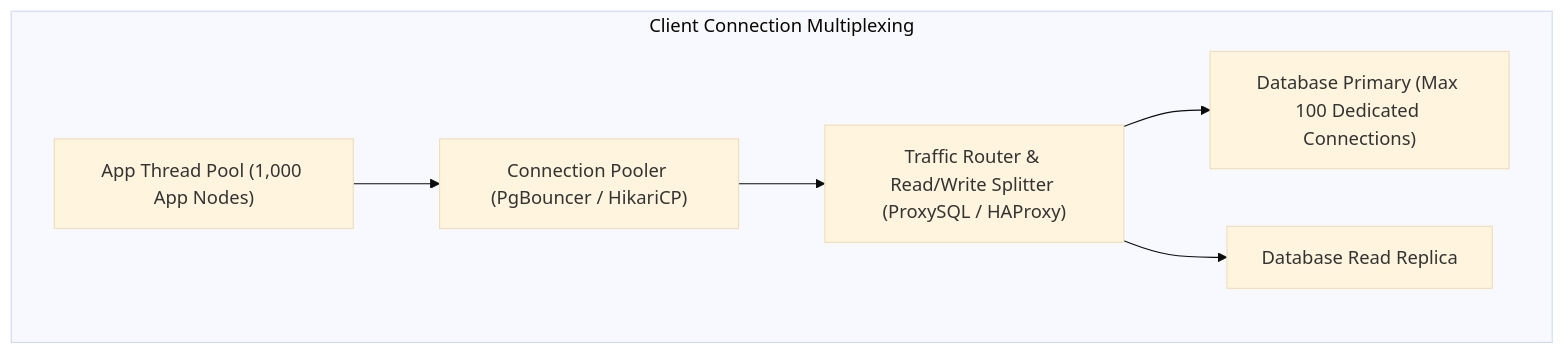
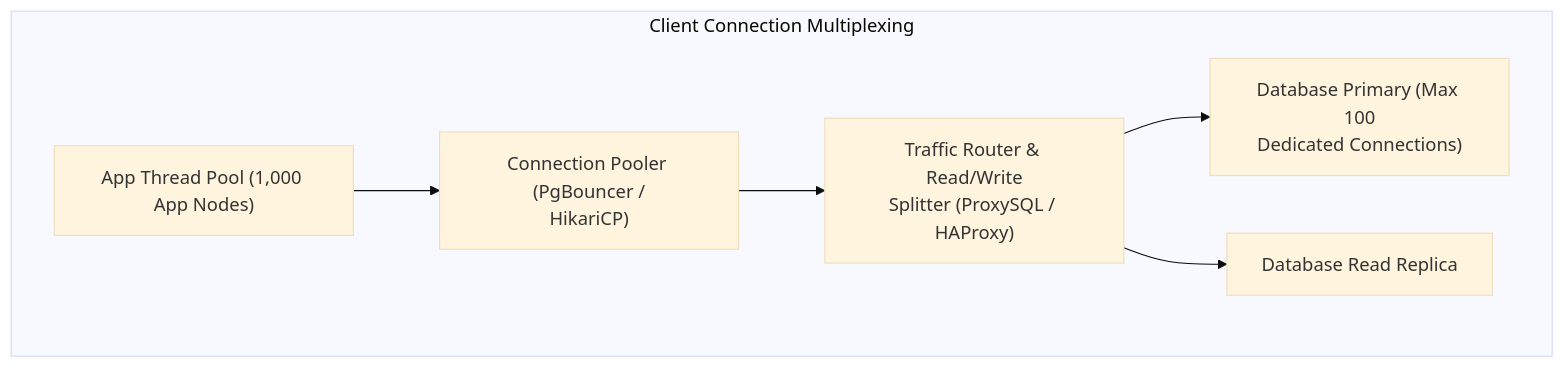
Before and after one commit to santoshjammi29/sql-handbook: the third of 4 diagrams in architectures/06_database_tooling_migrations_profiling_and_pooling.md, drawn with Mermaid (base theme). The commit also changed other lines of this file and 17 other files, not shown here.

Commit message:
fix(diagrams): word-wrap labels and escape comparison operators across all diagrams

````diff
--- a/architectures/06_database_tooling_migrations_profiling_and_pooling.md
+++ b/architectures/06_database_tooling_migrations_profiling_and_pooling.md
@@ -109,9 +109,9 @@
 ```mermaid
 flowchart TD
     subgraph PoolingArch["Client Connection Multiplexing"]
-        App1["App Thread Pool (1,000 App Nodes)"] --> Pooler["Connection Pooler (PgBouncer / HikariCP)"]
-        Pooler --> Router["Traffic Router & Read/Write Splitter (ProxySQL / HAProxy)"]
-        Router --> Primary["Database Primary (Max 100 Dedicated Connections)"]
+        App1["App Thread Pool (1,000 App Nodes)"] --> Pooler["Connection Pooler (PgBouncer /<br/>HikariCP)"]
+        Pooler --> Router["Traffic Router & Read/Write<br/>Splitter (ProxySQL / HAProxy)"]
+        Router --> Primary["Database Primary (Max 100<br/>Dedicated Connections)"]
         Router --> Replica["Database Read Replica"]
     end
 ```
````
